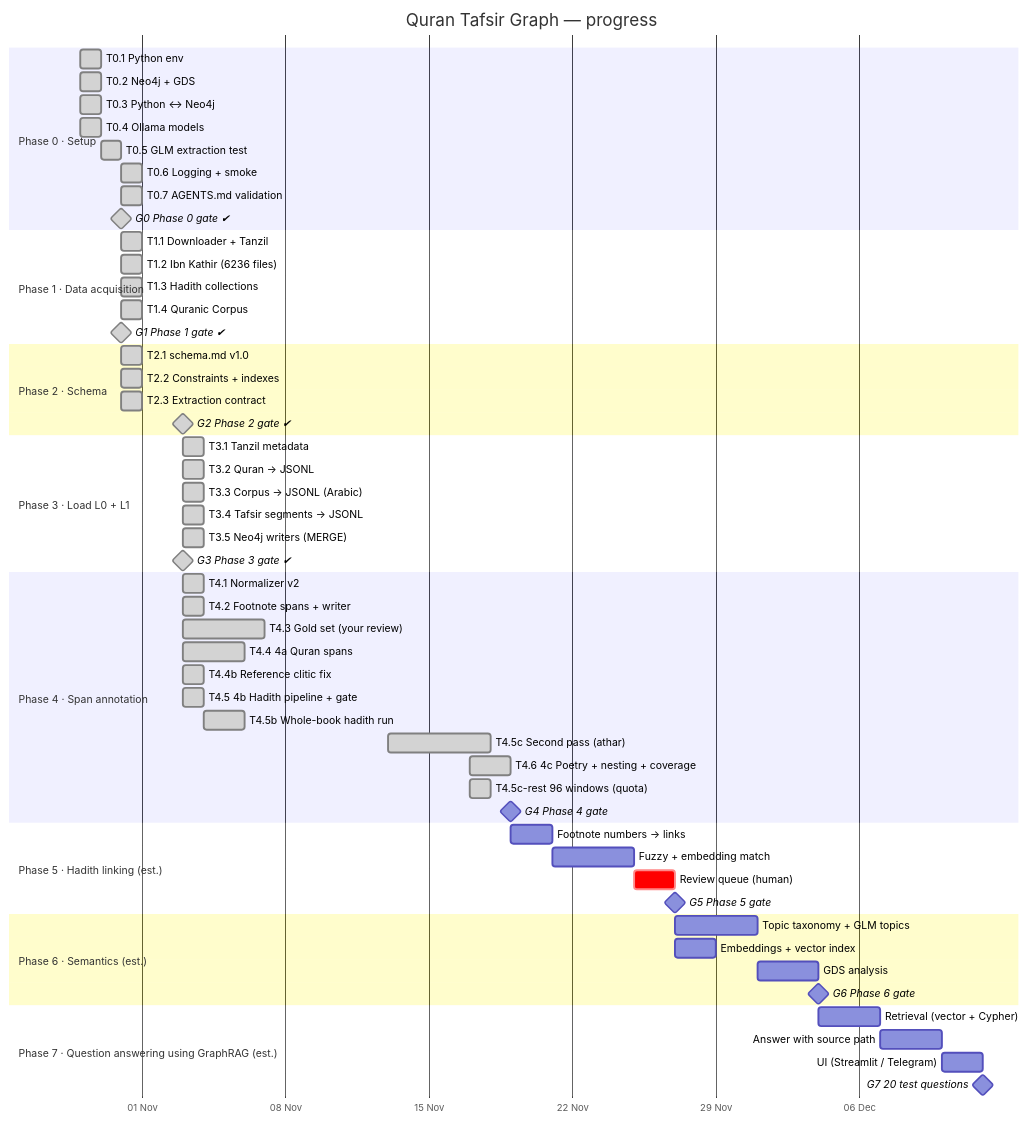
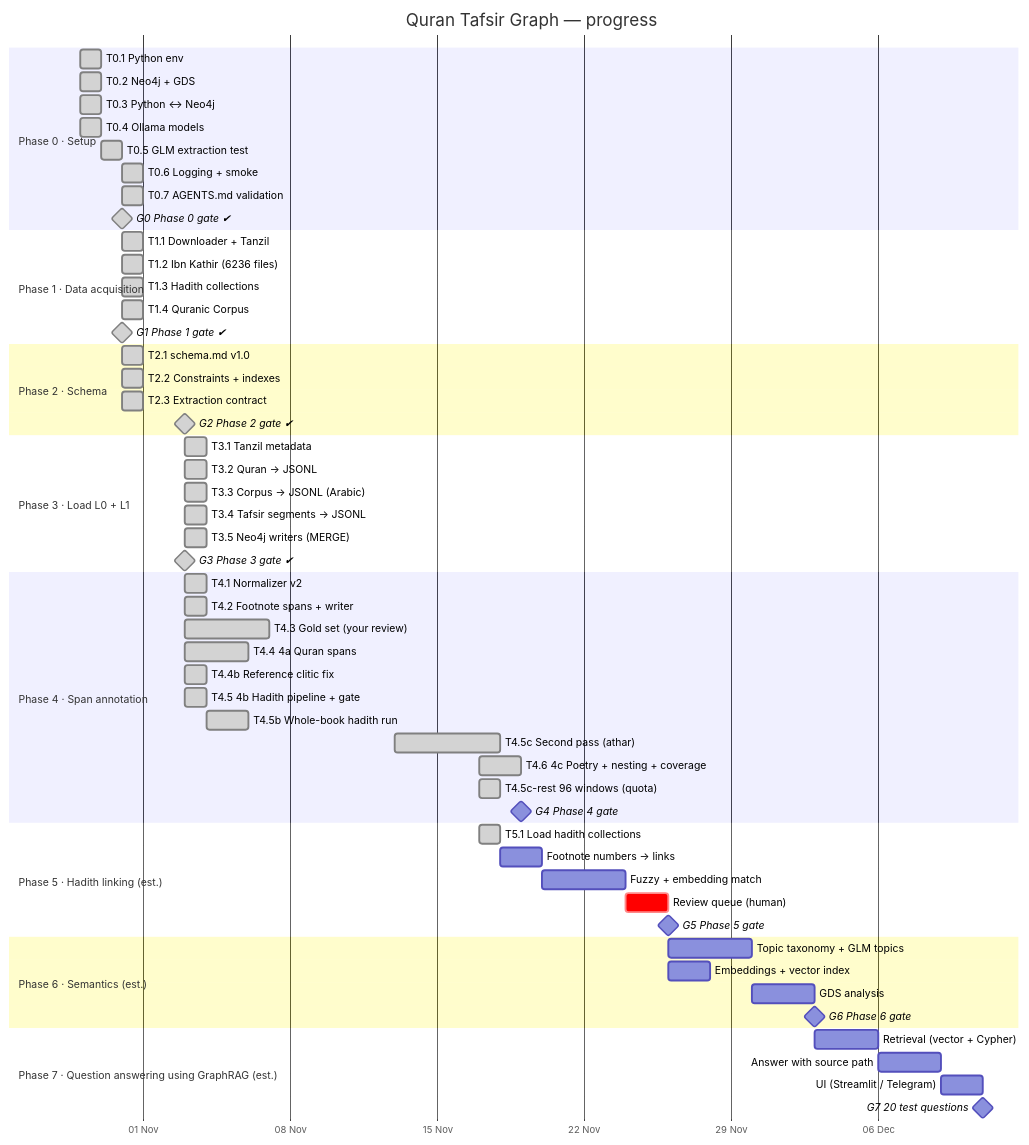
The diagram in docs/GANTT.md (mohamed-soubhi/quran-graph), drawn with Mermaid before and after one commit. The commit also changed other lines of this file and 5 other files, not shown here.

Commit message:
T5.1: approved by Aya & Mohamed; hadith collections loaded into Neo4j (36,104 hadith, 67,334 GRADED)

````diff
--- a/docs/GANTT.md
+++ b/docs/GANTT.md
@@ -9,69 +9,70 @@
 ```mermaid
 gantt
     title Quran Tafsir Graph — progress
     dateFormat YYYY-MM-DD
     axisFormat %d %b
     todayMarker stroke-width:3px,stroke:#d33
 
     section Phase 0 · Setup
     T0.1 Python env                 :done, t01, 2026-10-29, 1d
     T0.2 Neo4j + GDS                :done, t02, 2026-10-29, 1d
     T0.3 Python ↔ Neo4j             :done, t03, 2026-10-29, 1d
     T0.4 Ollama models              :done, t04, 2026-10-29, 1d
     T0.5 GLM extraction test        :done, t05, 2026-10-30, 1d
     T0.6 Logging + smoke            :done, t06, 2026-10-31, 1d
     T0.7 AGENTS.md validation       :done, t07, 2026-10-31, 1d
     G0 Phase 0 gate ✔               :milestone, done, g0, 2026-10-31, 0d
 
     section Phase 1 · Data acquisition
     T1.1 Downloader + Tanzil        :done, t11, 2026-10-31, 1d
     T1.2 Ibn Kathir (6236 files)    :done, t12, 2026-10-31, 1d
     T1.3 Hadith collections         :done, t13, 2026-10-31, 1d
     T1.4 Quranic Corpus            :done, t14, 2026-10-31, 1d
     G1 Phase 1 gate ✔               :milestone, done, g1, 2026-10-31, 0d
 
     section Phase 2 · Schema
     T2.1 schema.md v1.0            :done, t21, 2026-10-31, 1d
     T2.2 Constraints + indexes      :done, t22, 2026-10-31, 1d
     T2.3 Extraction contract        :done, t23, 2026-10-31, 1d
     G2 Phase 2 gate ✔               :milestone, done, g2, 2026-11-03, 0d
 
     section Phase 3 · Load L0 + L1
     T3.1 Tanzil metadata            :done, t31, 2026-11-03, 1d
     T3.2 Quran → JSONL              :done, t32, 2026-11-03, 1d
     T3.3 Corpus → JSONL (Arabic)    :done, t33, 2026-11-03, 1d
     T3.4 Tafsir segments → JSONL    :done, t34, 2026-11-03, 1d
     T3.5 Neo4j writers (MERGE)      :done, p3b, 2026-11-03, 1d
     G3 Phase 3 gate ✔               :milestone, done, g3, 2026-11-03, 0d
 
     section Phase 4 · Span annotation
     T4.1 Normalizer v2              :done, t41, 2026-11-03, 1d
     T4.2 Footnote spans + writer    :done, t42, 2026-11-03, 1d
     T4.3 Gold set (your review)     :done, t43, 2026-11-03, 4d
     T4.4 4a Quran spans             :done, t44, 2026-11-03, 3d
     T4.4b Reference clitic fix      :done, t44b, 2026-11-03, 1d
     T4.5 4b Hadith pipeline + gate  :done, t45, 2026-11-03, 1d
     T4.5b Whole-book hadith run     :done, t45b, 2026-11-04, 2d
     T4.5c Second pass (athar)       :done, t45c, 2026-11-13, 5d
     T4.6 4c Poetry + nesting + coverage :done, p4c, 2026-11-17, 2d
     T4.5c-rest 96 windows (quota)   :done, t45r, 2026-11-17, 1d
     G4 Phase 4 gate                 :milestone, g4, after p4c, 0d
 
     section Phase 5 · Hadith linking (est.)
-    Footnote numbers → links        :p5a, after g4, 2d
+    T5.1 Load hadith collections    :done, t51, 2026-11-17, 1d
+    Footnote numbers → links        :p5a, after t51, 2d
     Fuzzy + embedding match         :p5b, after p5a, 4d
     Review queue (human)            :crit, p5c, after p5b, 2d
     G5 Phase 5 gate                 :milestone, g5, after p5c, 0d
 
     section Phase 6 · Semantics (est.)
     Topic taxonomy + GLM topics     :p6a, after g5, 4d
     Embeddings + vector index       :p6b, after g5, 2d
     GDS analysis                    :p6c, after p6a, 3d
     G6 Phase 6 gate                 :milestone, g6, after p6c, 0d
 
     section Phase 7 · Question answering using GraphRAG (est.)
     Retrieval (vector + Cypher)     :p7a, after g6, 3d
     Answer with source path         :p7b, after p7a, 3d
     UI (Streamlit / Telegram)       :p7c, after p7b, 2d
     G7 20 test questions            :milestone, g7, after p7c, 0d
 ```
````
